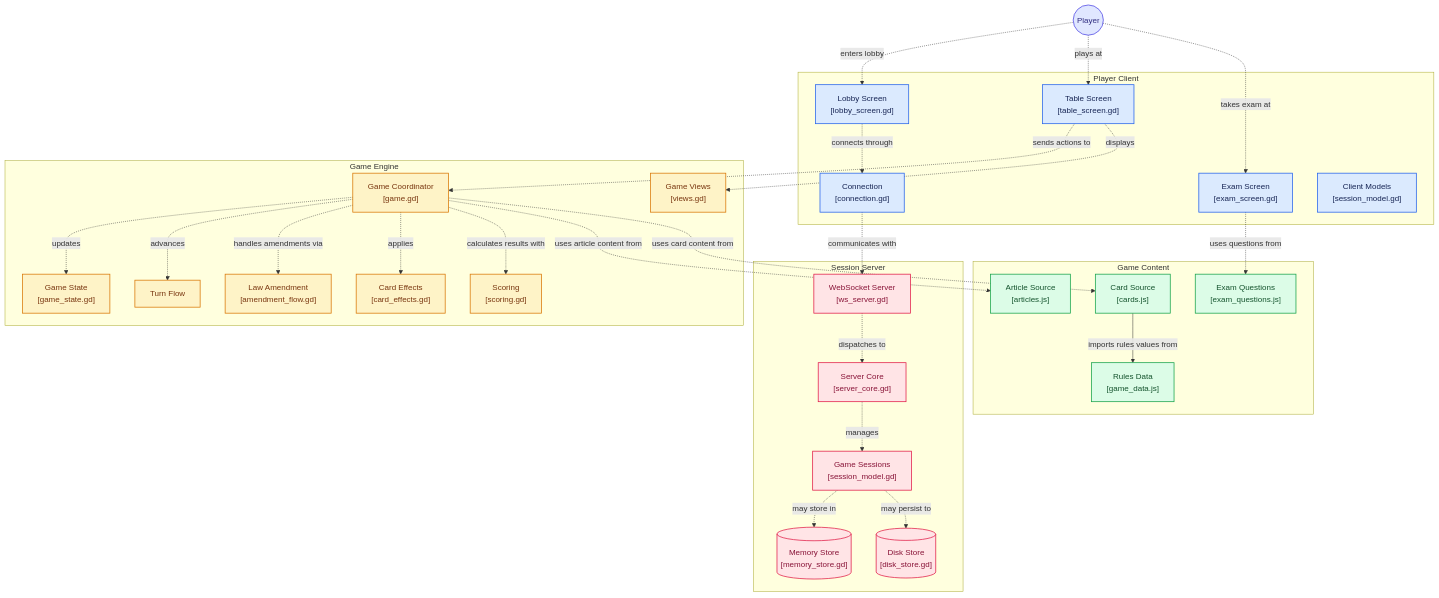
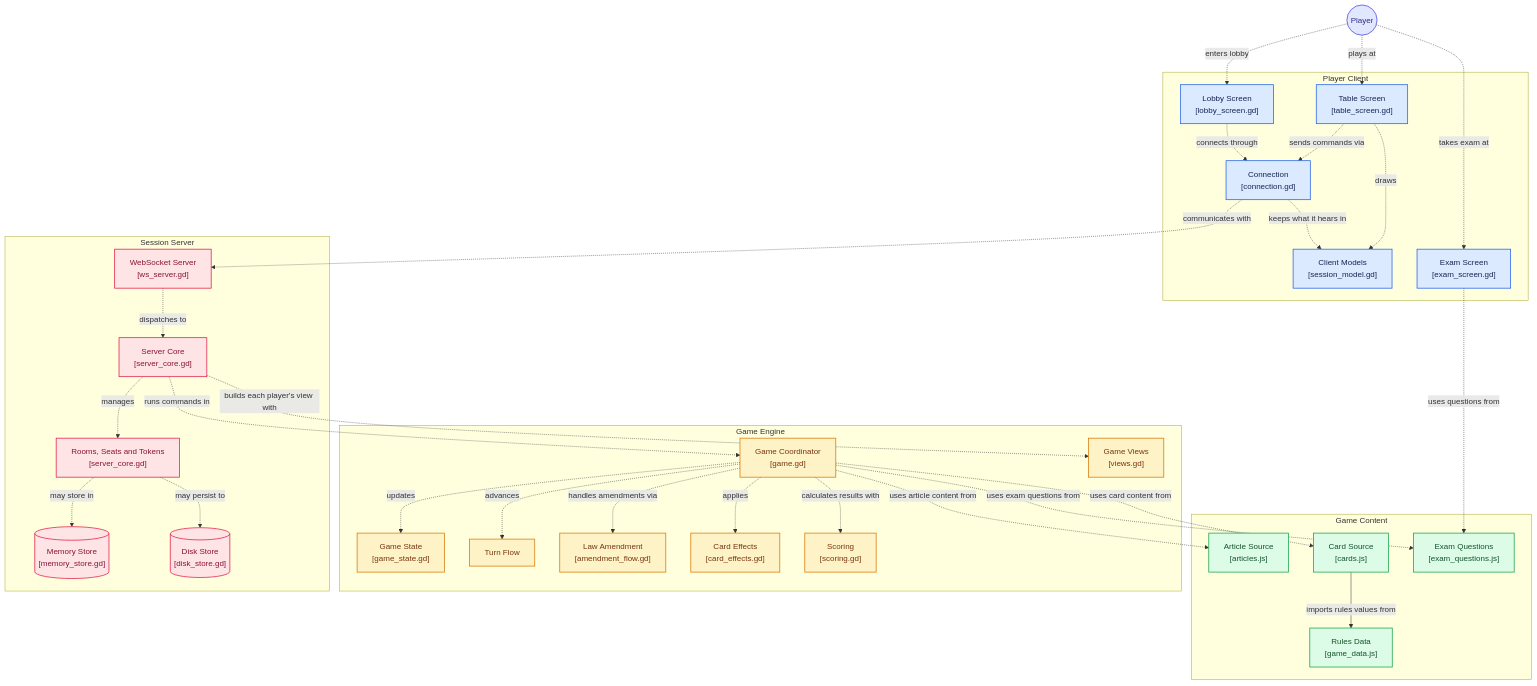
The diagram in README.md (somunaexe/Pseudodemocracy), drawn with Mermaid before and after one commit. The commit also changed other lines of this file, not shown here.

Commit message:
README diagram: commands go through the server; sessions node is the server's rooms and seats
Claude-Session: https://claude.ai/code/session_01VdDJDkipQ3h2oSrC61MJyQ

```diff
--- a/README.md
+++ b/README.md
@@ -48,7 +48,7 @@
   node_memory_store[("Memory Store<br/>[memory_store.gd]")]
   node_server_core["Server Core<br/>[server_core.gd]"]
   node_websocket["WebSocket Server<br/>[ws_server.gd]"]
-  node_sessions["Game Sessions<br/>[session_model.gd]"]
+  node_sessions["Rooms, Seats and Tokens<br/>[server_core.gd]"]
 end
 
 node_player(("Player"))
@@ -61,16 +61,20 @@
 node_sessions -.->|"may store in"| node_memory_store
 node_sessions -.->|"may persist to"| node_disk_store
 node_player -.->|"plays at"| node_table
-node_table -.->|"sends actions to"| node_game
+node_table -.->|"sends commands via"| node_connection
+node_connection -.->|"keeps what it hears in"| node_client_models
+node_table -.->|"draws"| node_client_models
+node_server_core -.->|"runs commands in"| node_game
 node_game -.->|"updates"| node_state
 node_game -.->|"advances"| node_turns
 node_game -.->|"handles amendments via"| node_law
 node_game -.->|"applies"| node_cards
 node_game -.->|"calculates results with"| node_scoring
-node_table -.->|"displays"| node_views
+node_server_core -.->|"builds each player's view with"| node_views
 node_player -.->|"takes exam at"| node_exam_ui
 node_exam_ui -.->|"uses questions from"| node_exam_source
 node_game -.->|"uses article content from"| node_articles_source
+node_game -.->|"uses exam questions from"| node_exam_source
 node_game -.->|"uses card content from"| node_cards_source
 node_cards_source -->|"imports rules values from"| node_game_data_source
 
@@ -93,7 +97,7 @@
 click node_memory_store "https://github.com/somunaexe/pseudodemocracy/blob/main/server/memory_store.gd"
 click node_server_core "https://github.com/somunaexe/pseudodemocracy/blob/main/server/server_core.gd"
 click node_websocket "https://github.com/somunaexe/pseudodemocracy/blob/main/server/ws_server.gd"
-click node_sessions "https://github.com/somunaexe/pseudodemocracy/blob/main/client/session_model.gd"
+click node_sessions "https://github.com/somunaexe/pseudodemocracy/blob/main/server/server_core.gd"
 
 classDef toneNeutral fill:#f8fafc,stroke:#334155,stroke-width:1.5px,color:#0f172a
 classDef toneBlue fill:#dbeafe,stroke:#2563eb,stroke-width:1.5px,color:#172554
```
